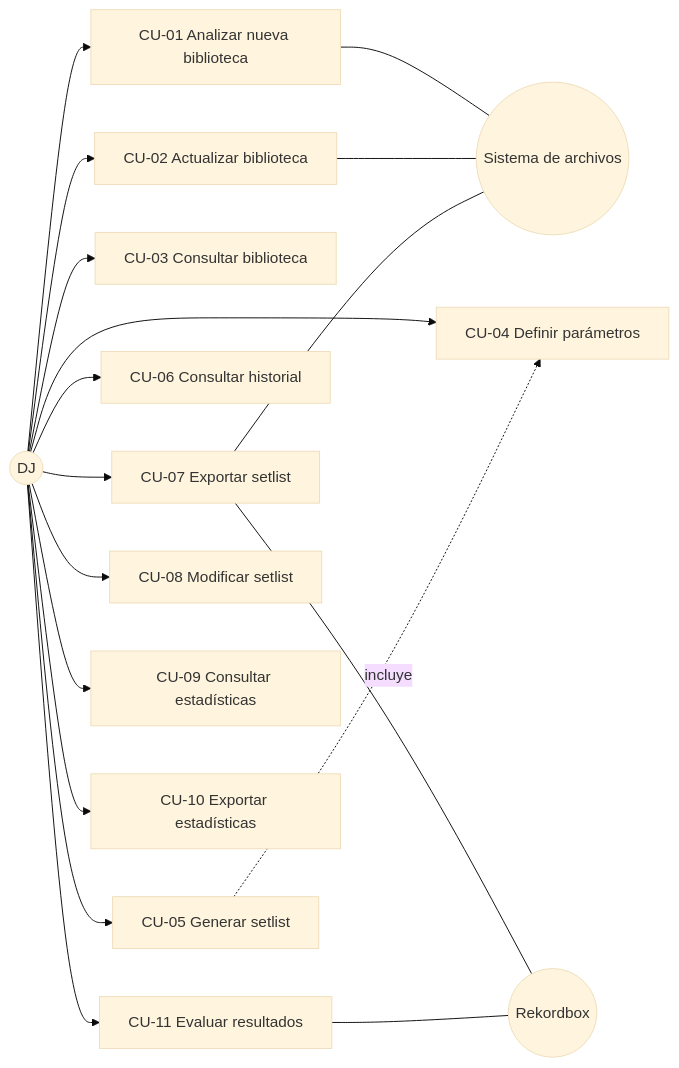
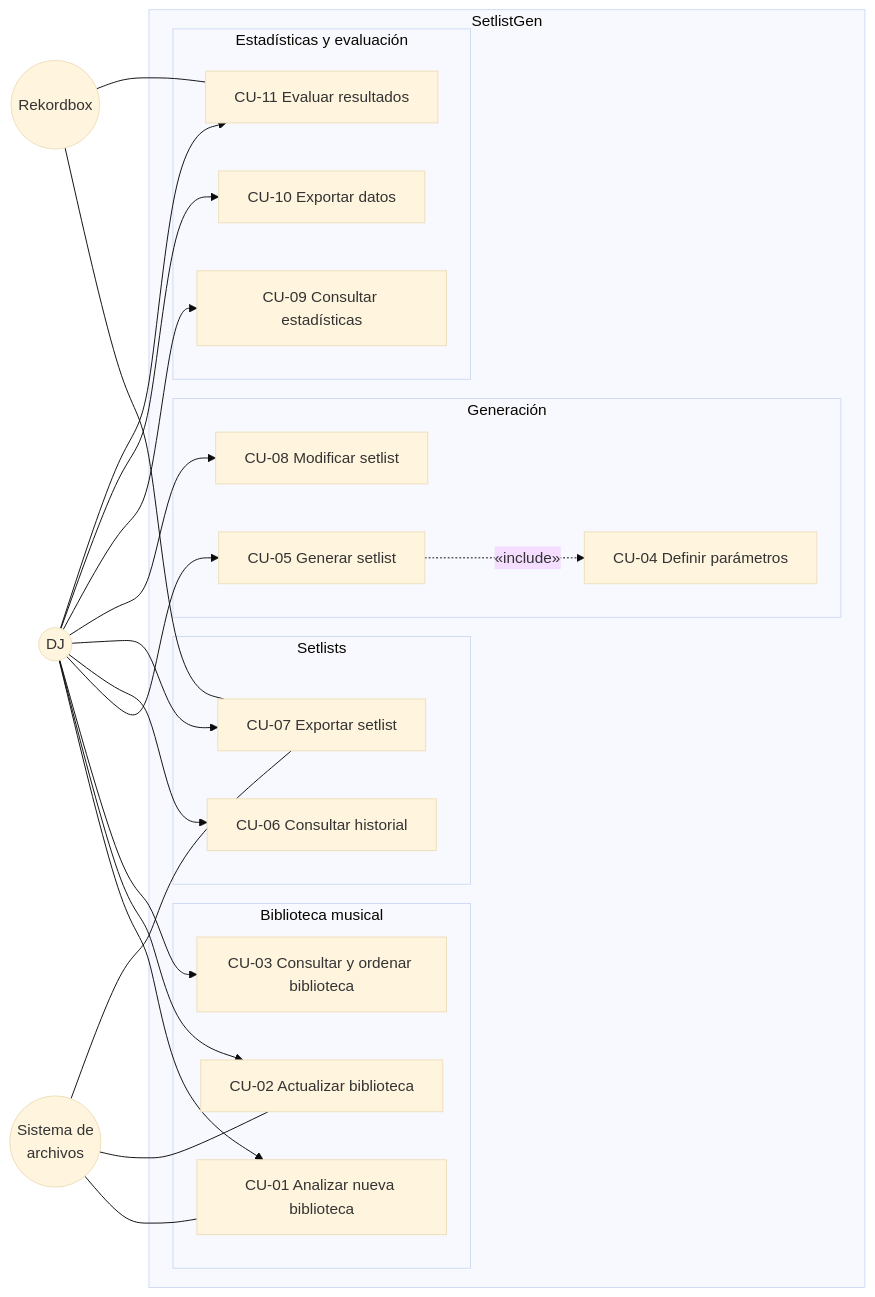
Before and after one commit to pabloo806/Trabajo-de-Fin-de-Grado: the diagram in docs/requirements/use-cases.md, drawn with Mermaid (base theme).

Commit message:
Update use case diagram structure and labels
Refactor use case diagram for better organization and clarity.

````diff
--- a/docs/requirements/use-cases.md
+++ b/docs/requirements/use-cases.md
@@ -39,40 +39,58 @@
 ```mermaid
 flowchart LR
 
     DJ((DJ))
+
+    subgraph SG["SetlistGen"]
+
+        subgraph LIB["Biblioteca musical"]
+            CU01["CU-01 Analizar nueva biblioteca"]
+            CU02["CU-02 Actualizar biblioteca"]
+            CU03["CU-03 Consultar y ordenar biblioteca"]
+        end
+
+        subgraph GEN["Generación"]
+            CU04["CU-04 Definir parámetros"]
+            CU05["CU-05 Generar setlist"]
+            CU08["CU-08 Modificar setlist"]
+        end
+
+        subgraph SET["Setlists"]
+            CU06["CU-06 Consultar historial"]
+            CU07["CU-07 Exportar setlist"]
+        end
+
+        subgraph EST["Estadísticas y evaluación"]
+            CU09["CU-09 Consultar estadísticas"]
+            CU10["CU-10 Exportar datos"]
+            CU11["CU-11 Evaluar resultados"]
+        end
+
+    end
+
+    FS((Sistema de<br/>archivos))
+
     RB((Rekordbox))
-    FS((Sistema de archivos))
-
-    CU01[CU-01 Analizar nueva biblioteca]
-    CU02[CU-02 Actualizar biblioteca]
-    CU03[CU-03 Consultar biblioteca]
-    CU04[CU-04 Definir parámetros]
-    CU05[CU-05 Generar setlist]
-    CU06[CU-06 Consultar historial]
-    CU07[CU-07 Exportar setlist]
-    CU08[CU-08 Modificar setlist]
-    CU09[CU-09 Consultar estadísticas]
-    CU10[CU-10 Exportar estadísticas]
-    CU11[CU-11 Evaluar resultados]
 
     DJ --> CU01
     DJ --> CU02
     DJ --> CU03
-    DJ --> CU04
+
     DJ --> CU05
     DJ --> CU06
     DJ --> CU07
     DJ --> CU08
+
     DJ --> CU09
     DJ --> CU10
     DJ --> CU11
 
-    CU05 -. incluye .-> CU04
+    CU05 -. «include» .-> CU04
 
-    CU01 --- FS
-    CU02 --- FS
-    CU07 --- FS
+    FS --- CU01
+    FS --- CU02
+    FS --- CU07
 
-    CU07 --- RB
-    CU11 --- RB
+    RB --- CU07
+    RB --- CU11
 ```
````
